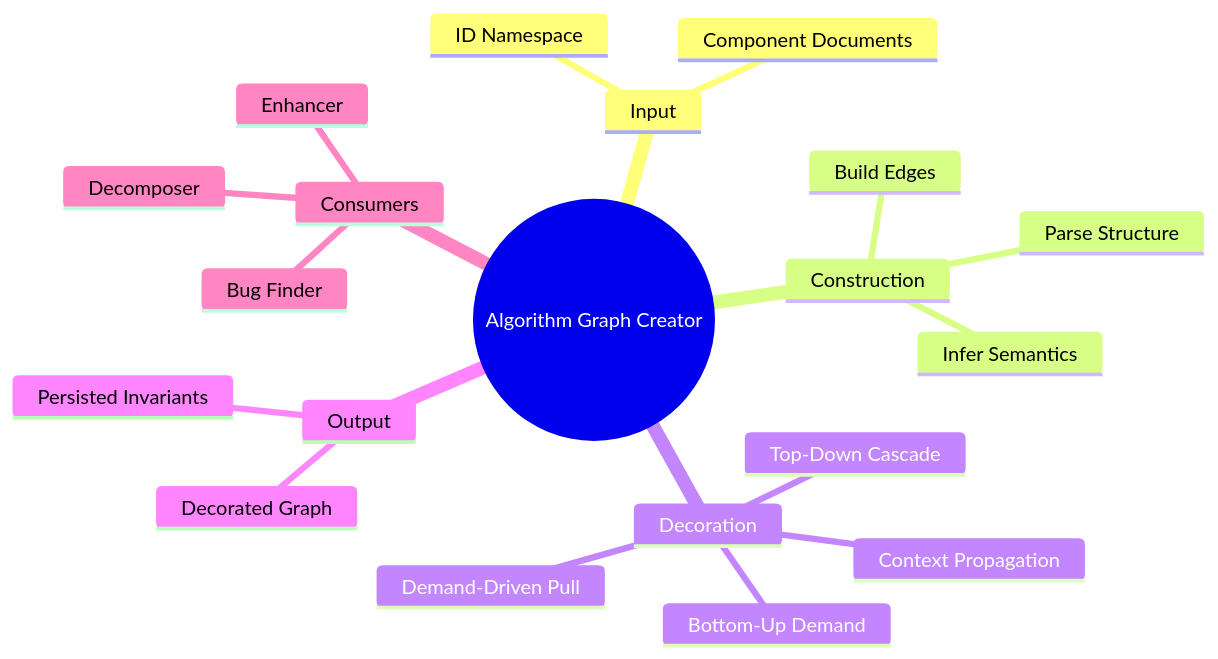
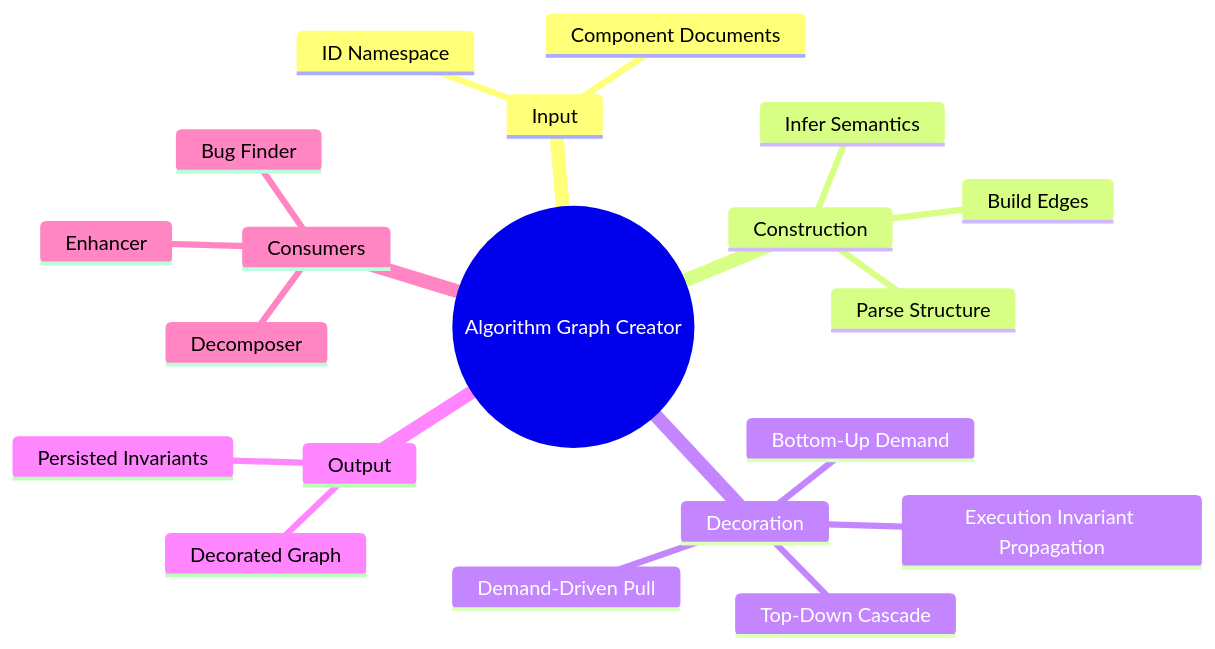
One commit to nestharus/ai-workflow changed the first of 34 diagrams in .tasks/plans/algorithm graph creator/feedback.md. Above: the diagram before and after it, drawn with Mermaid. The commit also changed other lines of this file and 14 other files, not shown here.

````diff
--- a/.tasks/plans/algorithm graph creator/feedback.md
+++ b/.tasks/plans/algorithm graph creator/feedback.md
@@ -13,23 +17,23 @@
 ```mermaid
 mindmap
   root((Algorithm Graph Creator))
     Input
       Component Documents
       ID Namespace
     Construction
       Parse Structure
       Infer Semantics
       Build Edges
     Decoration
       Top-Down Cascade
       Bottom-Up Demand
-      Context Propagation
+      Execution Invariant Propagation
       Demand-Driven Pull
     Output
       Decorated Graph
       Persisted Invariants
     Consumers
       Bug Finder
       Enhancer
       Decomposer
 ```
````
